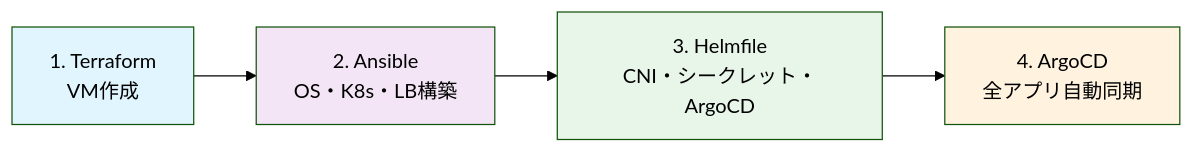
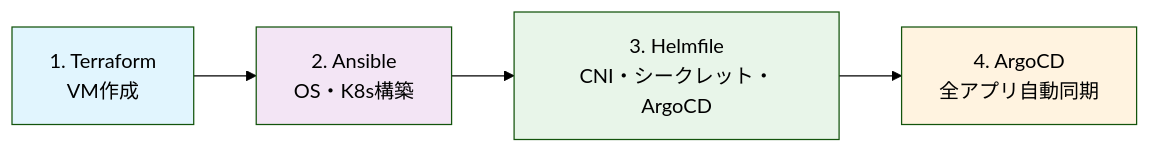
Before and after one commit to Soli0222/pke: the second of 3 diagrams in README.md, drawn with Mermaid (forest theme). The commit also changed other lines of this file and 2 other files, not shown here.

````diff
--- a/README.md
+++ b/README.md
@@ -72,11 +67,11 @@
 ```mermaid
 flowchart LR
-    A["1. Terraform<br/>VM作成"] --> B["2. Ansible<br/>OS・K8s・LB構築"]
+    A["1. Terraform<br/>VM作成"] --> B["2. Ansible<br/>OS・K8s構築"]
     B --> C["3. Helmfile<br/>CNI・シークレット・ArgoCD"]
     C --> D["4. ArgoCD<br/>全アプリ自動同期"]
 
     style A fill:#e1f5fe
     style B fill:#f3e5f5
     style C fill:#e8f5e9
     style D fill:#fff3e0
 ```
````
